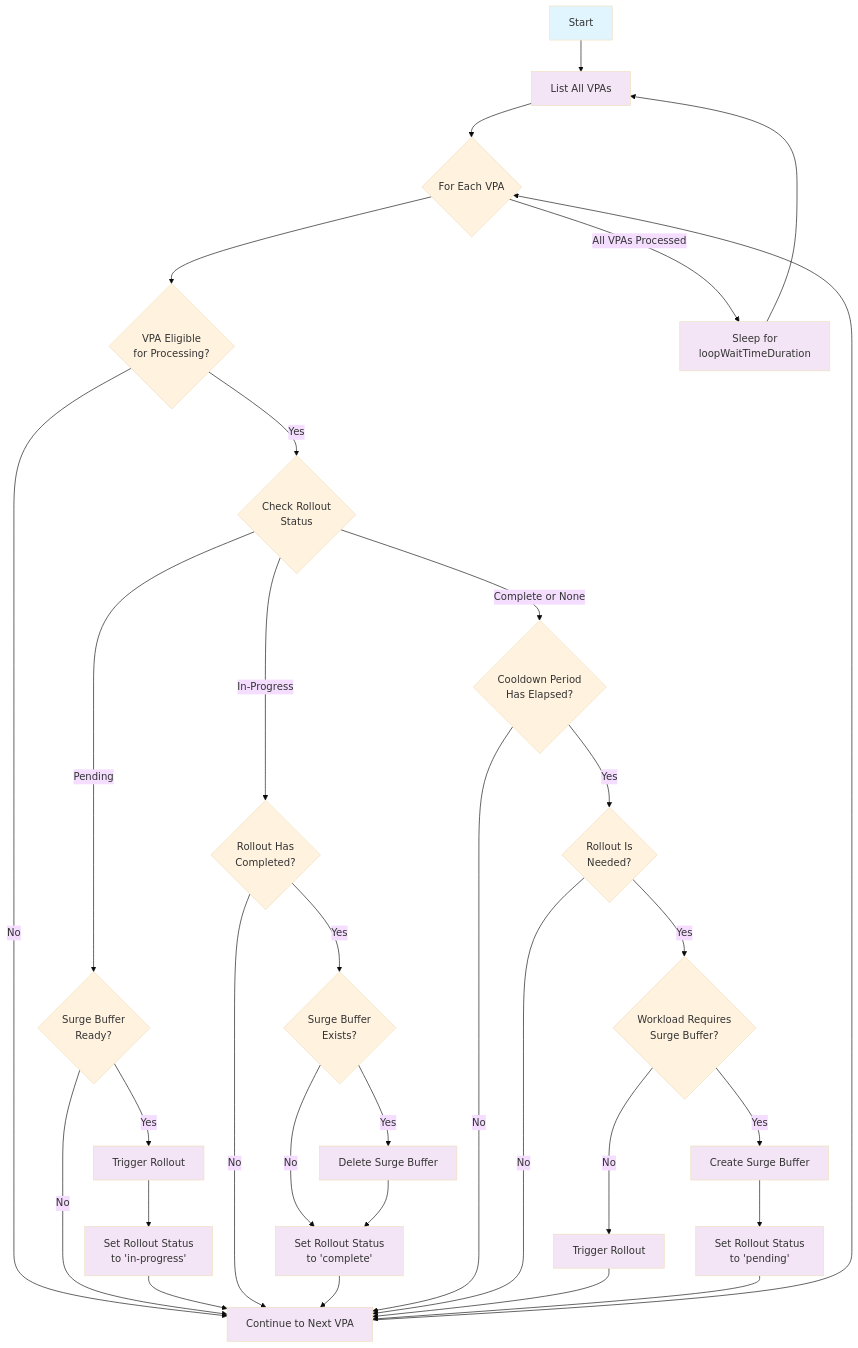
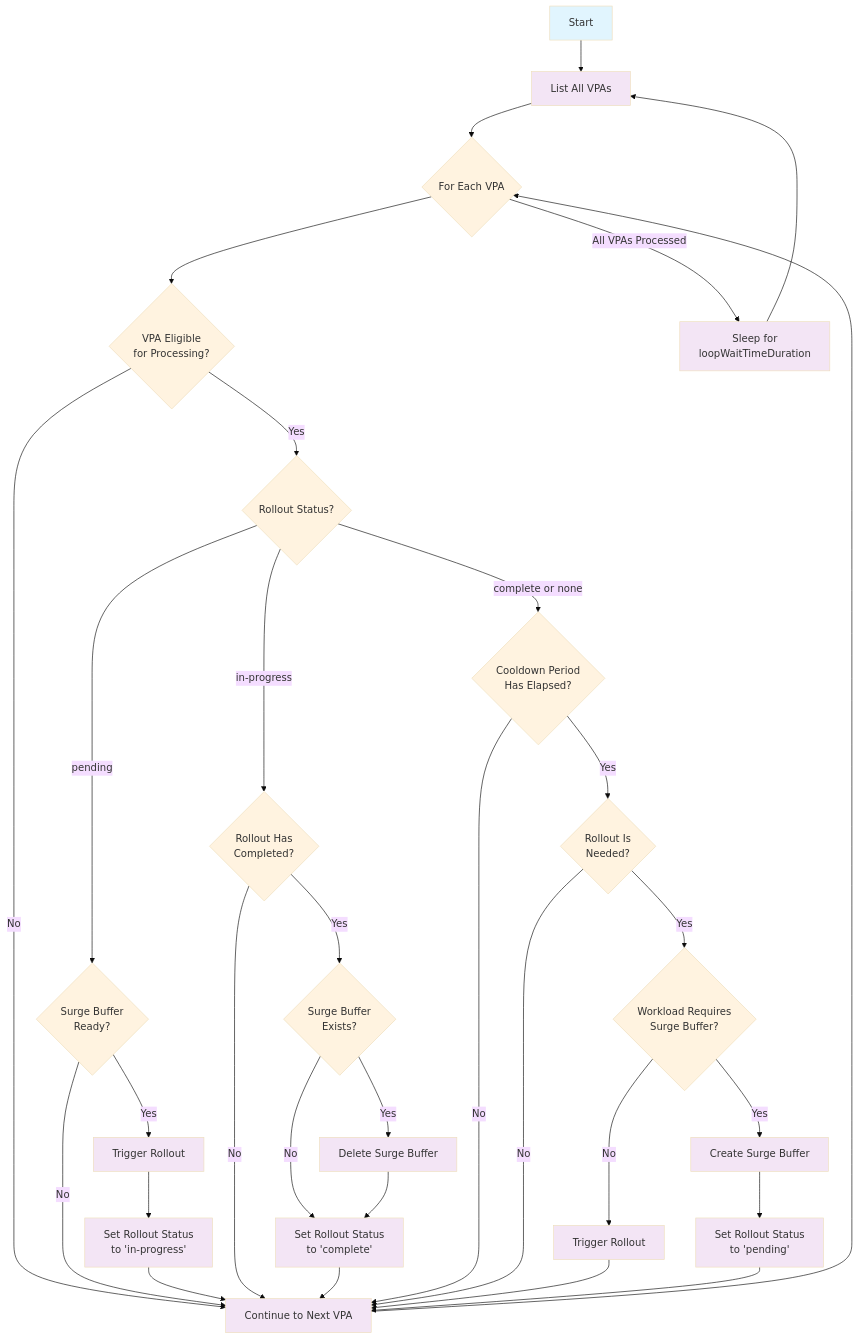
The diagram in README.md (marcdavoli/vpa-rollout-controller), drawn with Mermaid (base theme) before and after one commit. The commit also changed other lines of this file, not shown here.

Commit message:
docs: update README.md mermaid diagram

````diff
--- a/README.md
+++ b/README.md
@@ -109,52 +109,52 @@
 ```mermaid
 flowchart TD
     Start --> ListVPAs[List All VPAs]
     
     ListVPAs --> VPALoop{For Each VPA}
     
     VPALoop --> CheckEligible{VPA Eligible<br/>for Processing?}
     CheckEligible -->|No| NextVPA[Continue to Next VPA]
     NextVPA --> VPALoop
     
-    CheckEligible -->|Yes| CheckStatus{Check Rollout<br/>Status}
+    CheckEligible -->|Yes| CheckStatus{Rollout Status?}
     
-    CheckStatus -->|Pending| CheckBufferReady{Surge Buffer<br/>Ready?}
+    CheckStatus -->|pending| CheckBufferReady{Surge Buffer<br/>Ready?}
     CheckBufferReady -->|No| NextVPA
     CheckBufferReady -->|Yes| TriggerPending[Trigger Rollout]
     TriggerPending --> setstatusToInProgress[Set Rollout Status<br/>to 'in-progress']
     setstatusToInProgress --> NextVPA
     
-    CheckStatus -->|In-Progress| CheckCompleted{Rollout Has<br/>Completed?}
+    CheckStatus -->|in-progress| CheckCompleted{Rollout Has<br/>Completed?}
     CheckCompleted -->|No| NextVPA
     CheckCompleted -->|Yes| CleanupBuffer{Surge Buffer<br/>Exists?}
     CleanupBuffer -->|Yes| DeleteBuffer[Delete Surge Buffer]
     CleanupBuffer -->|No| SetComplete[Set Rollout Status<br/>to 'complete']
     DeleteBuffer --> SetComplete
     SetComplete --> NextVPA
     
-    CheckStatus -->|Complete or None| CheckCooldown{Cooldown Period<br/>Has Elapsed?}
+    CheckStatus -->|complete or none| CheckCooldown{Cooldown Period<br/>Has Elapsed?}
     
     CheckCooldown -->|No| NextVPA
     CheckCooldown -->|Yes| CheckRolloutNeeded{Rollout Is<br/>Needed?}
     
     CheckRolloutNeeded -->|No| NextVPA
     CheckRolloutNeeded -->|Yes| CreateSurgeBufferDecision{Workload Requires<br/>Surge Buffer?}
     CreateSurgeBufferDecision -->|Yes| CreateSurgeBuffer[Create Surge Buffer]
     CreateSurgeBuffer --> SetPendingStatus[Set Rollout Status<br/>to 'pending']
     CreateSurgeBufferDecision -->|No| DoTriggerRollout[Trigger Rollout]
     DoTriggerRollout --> NextVPA
     SetPendingStatus --> NextVPA
     
     VPALoop -->|All VPAs Processed| WaitLoop[Sleep for<br/>loopWaitTimeDuration]
     WaitLoop --> ListVPAs
     
     %% Styling
     classDef startEnd fill:#e1f5fe
     classDef process fill:#f3e5f5
     classDef decision fill:#fff3e0
     classDef action fill:#e8f5e8
     
     class Start startEnd
     class ListVPAs,WaitLoop,NextVPA,DeleteBuffer,SetComplete,TriggerPending,TriggerRollout,SetPendingStatus,DoTriggerRollout,CreateSurgeBuffer,setstatusToInProgress process
     class CheckEligible,CheckStatus,CheckCompleted,CleanupBuffer,CheckCooldown,CheckRolloutNeeded,VPALoop,CheckBufferReady,CreateSurgeBufferDecision decision
 ```
````
